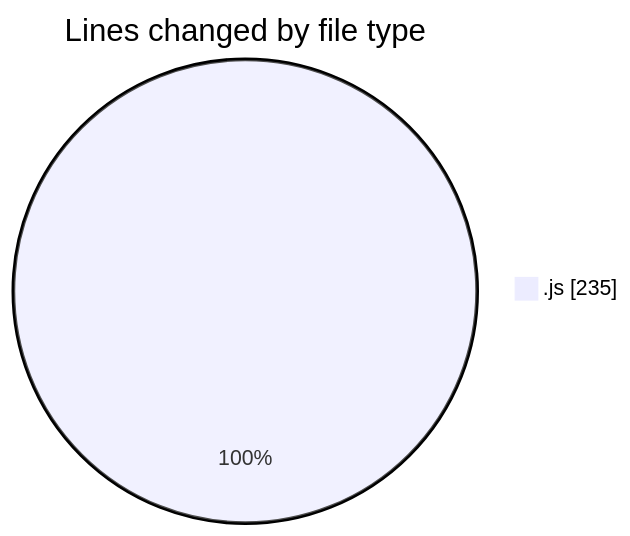
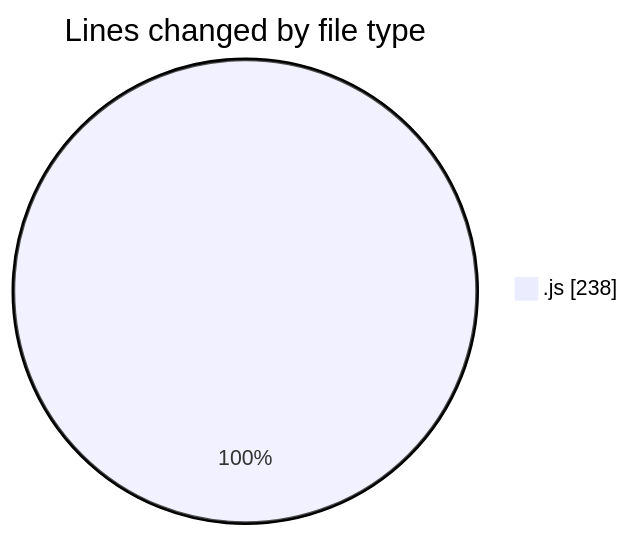
The first of 2 diagrams in 2025-03-11/cda/README.md (momahboobian/code-tracking), drawn with Mermaid before and after one commit. The commit also changed other lines of this file and 1 other file, not shown here.

````diff
--- a/2025-03-11/cda/README.md
+++ b/2025-03-11/cda/README.md
@@ -20,5 +20,5 @@
 ```mermaid
 pie showData
 title Lines changed by file type
-".js" : 235
+".js" : 238
 ```
````
